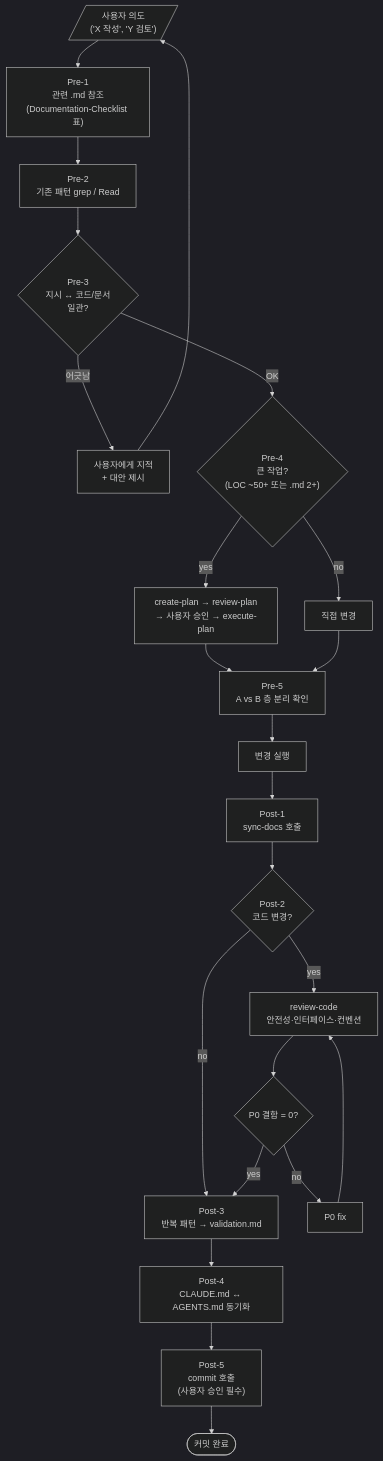
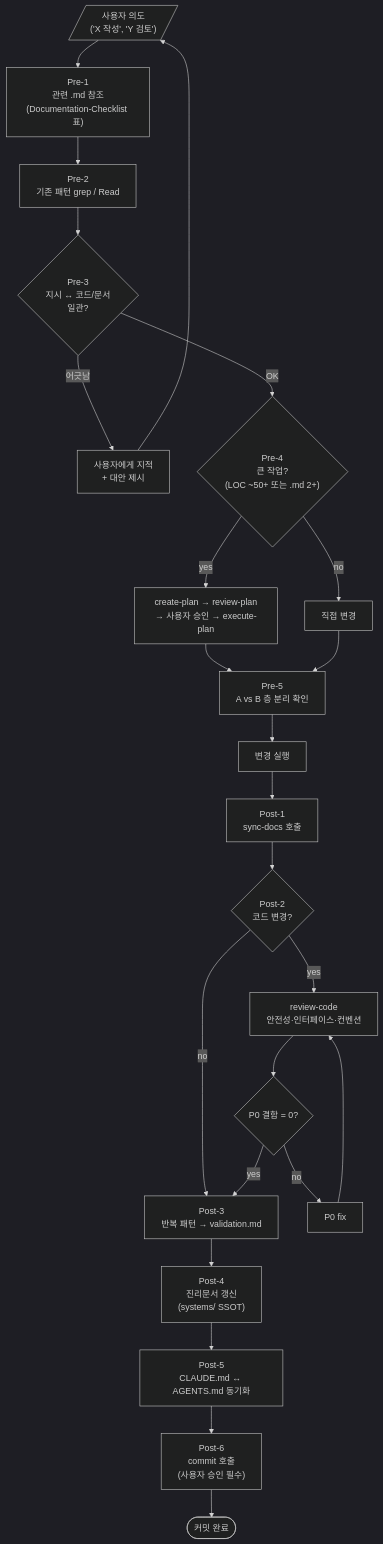
Before and after one commit to shinjw4929/Dialectic-CLI: the diagram in CLAUDE.md, drawn with Mermaid (dark theme). The commit also changed other lines of this file and 14 other files, not shown here.

````diff
--- a/CLAUDE.md
+++ b/CLAUDE.md
@@ -30,28 +30,29 @@
 ```mermaid
 flowchart TD
     Intent[/"사용자 의도<br/>('X 작성', 'Y 검토')"/]
 
     Intent --> Pre1["Pre-1<br/>관련 .md 참조<br/>(Documentation-Checklist 표)"]
     Pre1 --> Pre2["Pre-2<br/>기존 패턴 grep / Read"]
     Pre2 --> Pre3{"Pre-3<br/>지시 ↔ 코드/문서<br/>일관?"}
     Pre3 -- 어긋남 --> Conflict["사용자에게 지적<br/>+ 대안 제시"]
     Conflict --> Intent
     Pre3 -- OK --> Pre4{"Pre-4<br/>큰 작업?<br/>(LOC ~50+ 또는 .md 2+)"}
     Pre4 -- yes --> Plan["create-plan → review-plan<br/>→ 사용자 승인 → execute-plan"]
     Pre4 -- no --> Direct["직접 변경"]
     Plan --> Pre5["Pre-5<br/>A vs B 층 분리 확인"]
     Direct --> Pre5
     Pre5 --> Exec["변경 실행"]
 
     Exec --> Post1["Post-1<br/>sync-docs 호출"]
     Post1 --> Post2{"Post-2<br/>코드 변경?"}
     Post2 -- yes --> ReviewCode["review-code<br/>안전성·인터페이스·컨벤션"]
     Post2 -- no --> Post3
     ReviewCode --> P0Check{"P0 결함 = 0?"}
     P0Check -- no --> Fix["P0 fix"]
     Fix --> ReviewCode
     P0Check -- yes --> Post3["Post-3<br/>반복 패턴 → validation.md"]
-    Post3 --> Post4["Post-4<br/>CLAUDE.md ↔ AGENTS.md 동기화"]
-    Post4 --> Post5["Post-5<br/>commit 호출<br/>(사용자 승인 필수)"]
-    Post5 --> Done([커밋 완료])
+    Post3 --> Post4["Post-4<br/>진리문서 갱신<br/>(systems/ SSOT)"]
+    Post4 --> Post5["Post-5<br/>CLAUDE.md ↔ AGENTS.md 동기화"]
+    Post5 --> Post6["Post-6<br/>commit 호출<br/>(사용자 승인 필수)"]
+    Post6 --> Done([커밋 완료])
 ```
````
